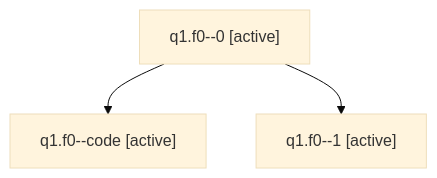
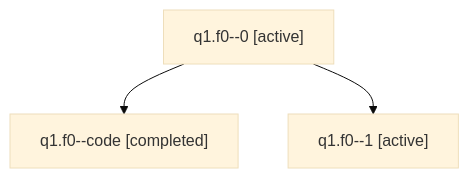
The diagram in families/bbugyi200.athena.q1.f0.md (sase-org/sase--agents), drawn with Mermaid (base theme) before and after one commit. The commit also changed other lines of this file and 5813 other files, not shown here.

````diff
--- a/families/bbugyi200.athena.q1.f0.md
+++ b/families/bbugyi200.athena.q1.f0.md
@@ -9,8 +9,8 @@
 ```mermaid
 flowchart TD
   n0["q1.f0--0 [active]"]
-  n1["q1.f0--code [active]"]
+  n1["q1.f0--code [completed]"]
   n0 --> n1
   n2["q1.f0--1 [active]"]
   n0 --> n2
 ```
````
